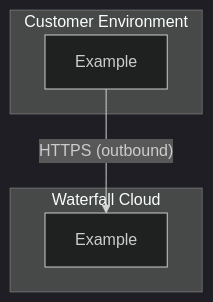
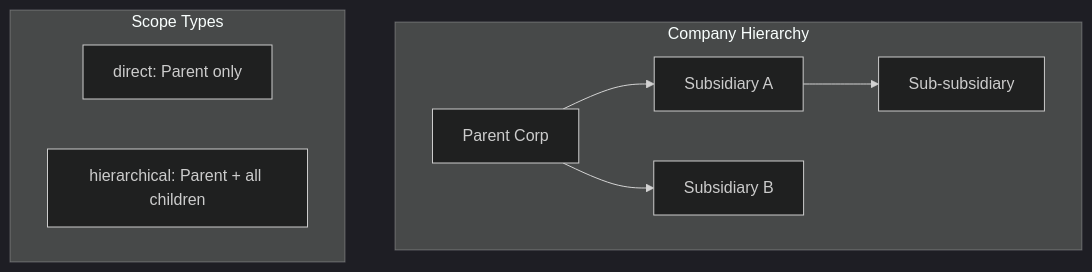
The fourth of 5 diagrams in docs/ARCHITECTURE.md (waterfall-project/wfp-guardian), drawn with Mermaid (dark theme) before and after one commit. The commit also changed other lines of this file, not shown here.

First line of the commit message:
docs(architecture): add Guardian-specific architecture decisions

````diff
--- a/docs/ARCHITECTURE.md
+++ b/docs/ARCHITECTURE.md
@@ -31,12 +207,18 @@
 ```mermaid
 flowchart TB
-    subgraph customer["Customer Environment"]
-        PS["Example"]
+    subgraph Hierarchy["Company Hierarchy"]
+        PARENT[Parent Corp]
+        CHILD1[Subsidiary A]
+        CHILD2[Subsidiary B]
+        GRANDCHILD[Sub-subsidiary]
     end
 
-    subgraph cloud["Waterfall Cloud"]
-        LS["Example"]
+    PARENT --> CHILD1
+    PARENT --> CHILD2
+    CHILD1 --> GRANDCHILD
+
+    subgraph Scopes["Scope Types"]
+        DIRECT["direct: Parent only"]
+        HIER["hierarchical: Parent + all children"]
     end
-
-    PS -->|"HTTPS (outbound)"| LS
 ```
````
